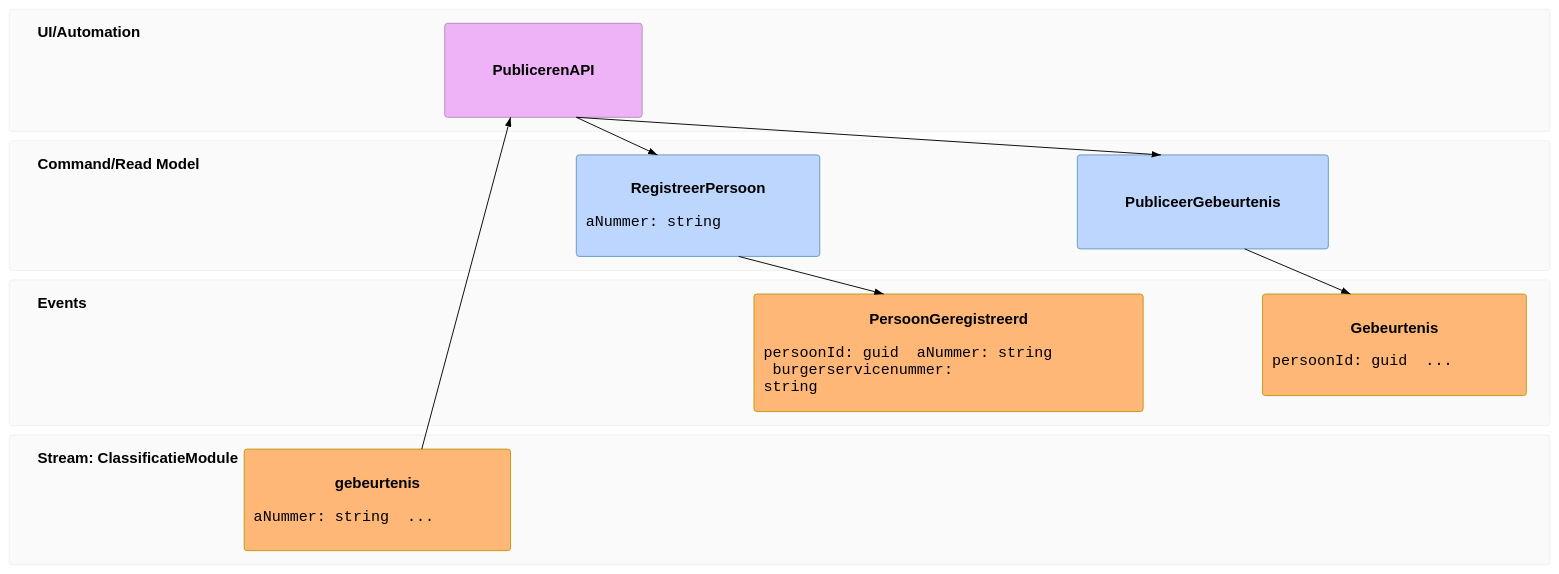
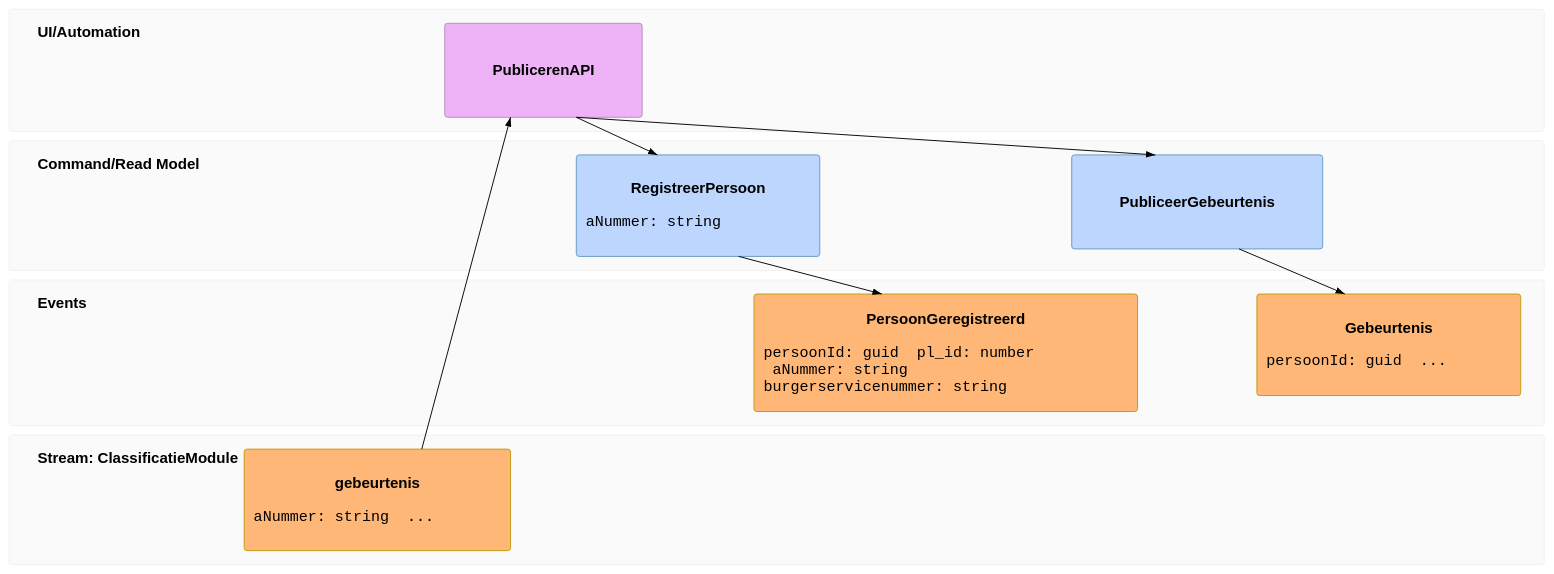
One commit to BRP-API/brp-api-gebeurtenissen changed the first of 3 diagrams in docs/adr/006-persoonsidentificatie-in-gebeurtenissen.md. Above: the diagram before and after it, drawn with Mermaid (forest theme). The commit also changed other lines of this file, not shown here.

````diff
--- a/docs/adr/006-persoonsidentificatie-in-gebeurtenissen.md
+++ b/docs/adr/006-persoonsidentificatie-in-gebeurtenissen.md
@@ -23,32 +23,33 @@
 ```mermaid
 eventmodeling
 tf 01 evt ClassificatieModule.gebeurtenis [[ExterneGebeurtenisData]]
 tf 02 pcr PublicerenAPI
 tf 03 cmd RegistreerPersoon [[RegistreerPersoonData]]
 tf 04 evt PersoonGeregistreerd [[PersoonGeregistreerdData]]
 tf 05 cmd PubliceerGebeurtenis ->> 02
 tf 06 evt Gebeurtenis [[InterneGebeurtenisData]]
 
 data ExterneGebeurtenisData
 {
     aNummer: string
     ...
 }
 
 data RegistreerPersoonData
 {
     aNummer: string
 }
 
 data PersoonGeregistreerdData {
     persoonId: guid
+    pl_id: number
     aNummer: string
     burgerservicenummer: string
 }
 
 data InterneGebeurtenisData
 {
     persoonId: guid
     ...
 }
 ```
````
